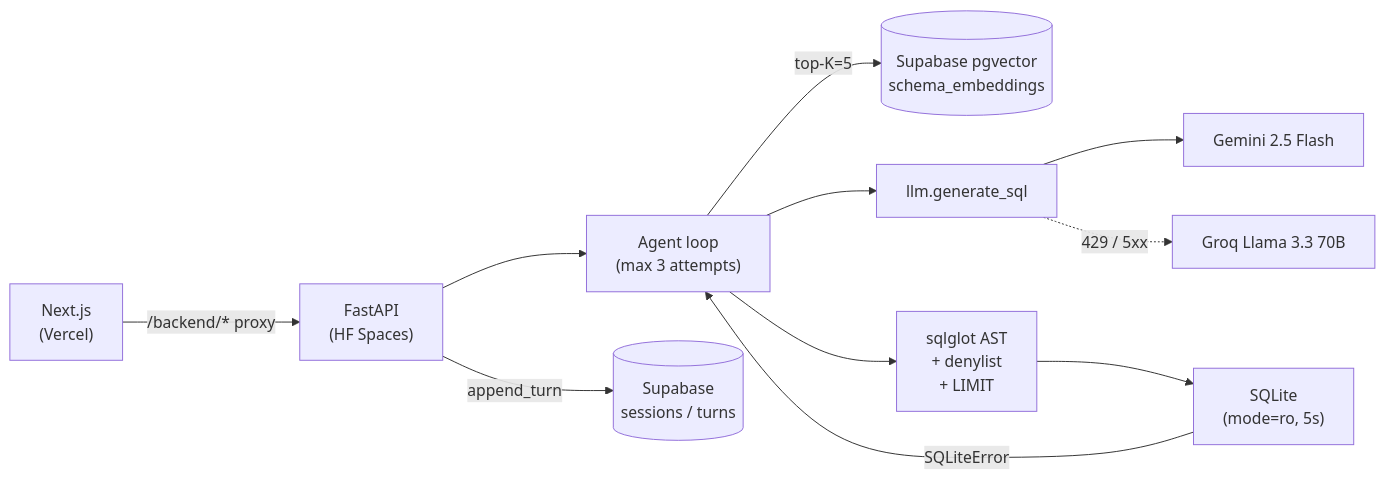
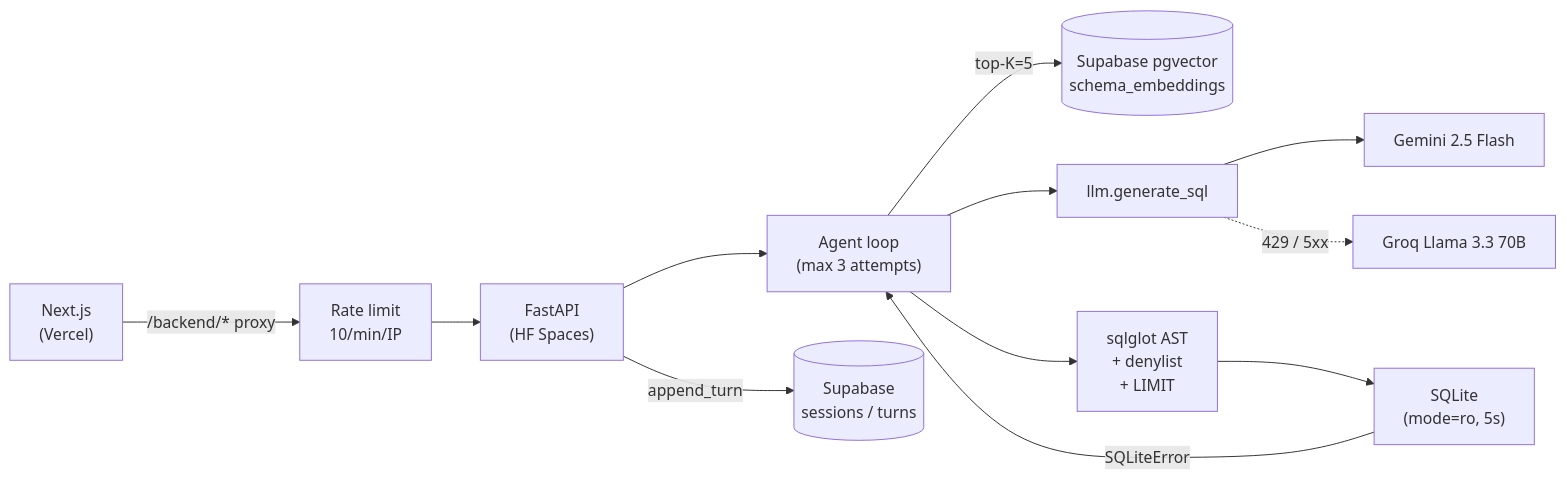
One commit to AryamannSingh7/querymancer changed the diagram in README.md. Above: the diagram before and after it, drawn with Mermaid. The commit also changed other lines of this file and 17 other files, not shown here.

````diff
--- a/README.md
+++ b/README.md
@@ -44,13 +44,14 @@
 ```mermaid
 flowchart LR
-    UI["Next.js<br/>(Vercel)"] -- "/backend/* proxy" --> API["FastAPI<br/>(HF Spaces)"]
+    UI["Next.js<br/>(Vercel)"] -- "/backend/* proxy" --> RL["Rate limit<br/>10/min/IP"]
+    RL --> API["FastAPI<br/>(HF Spaces)"]
     API --> AGENT["Agent loop<br/>(max 3 attempts)"]
     AGENT -- "top-K=5" --> RAG[("Supabase pgvector<br/>schema_embeddings")]
     AGENT --> LLM["llm.generate_sql"]
     LLM --> GEM["Gemini 2.5 Flash"]
     LLM -. "429 / 5xx" .-> GROQ["Groq Llama 3.3 70B"]
     AGENT --> SAFE["sqlglot AST<br/>+ denylist<br/>+ LIMIT"]
     SAFE --> EXEC["SQLite<br/>(mode=ro, 5s)"]
     EXEC -- "SQLiteError" --> AGENT
     API -- "append_turn" --> SESS[("Supabase<br/>sessions / turns")]
 ```
````
